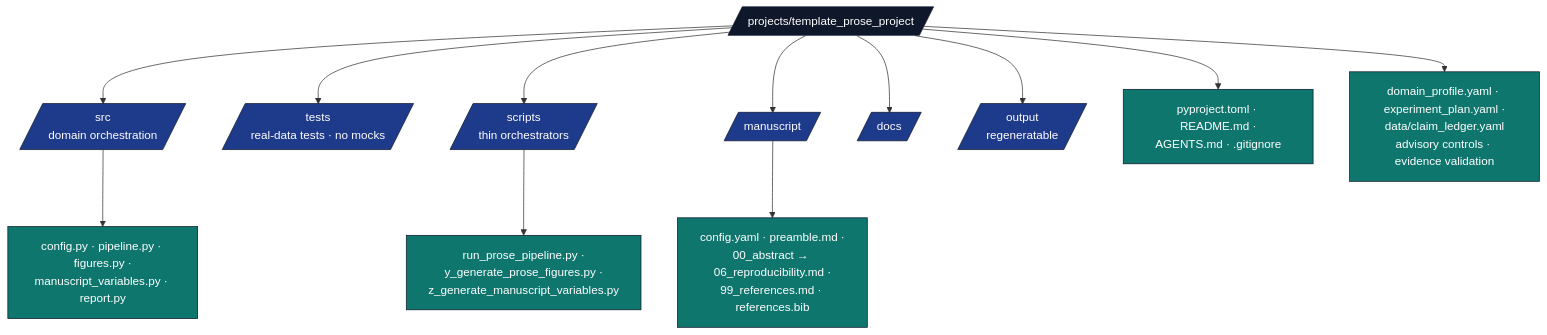
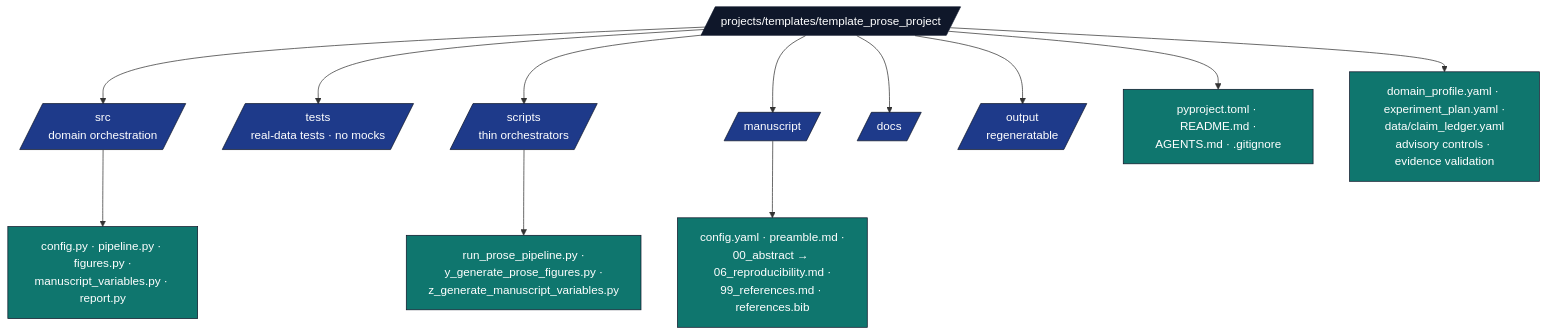
Before and after one commit to docxology/template: the diagram in projects/templates/template_prose_project/AGENTS.md, drawn with Mermaid. The commit also changed other lines of this file and 481 other files, not shown here.

````diff
--- a/projects/templates/template_prose_project/AGENTS.md
+++ b/projects/templates/template_prose_project/AGENTS.md
@@ -12,23 +12,23 @@
 ```mermaid
 flowchart TB
-    P[/projects/template_prose_project/]
+    P[/projects/templates/template_prose_project/]
     P --> SRC[/src<br/>domain orchestration/]
     P --> T[/tests<br/>real-data tests · no mocks/]
     P --> SC[/scripts<br/>thin orchestrators/]
     P --> M[/manuscript/]
     P --> DOCS[/docs/]
     P --> OUT[/output<br/>regeneratable/]
     P --> META[pyproject.toml · README.md ·<br/>AGENTS.md · .gitignore]
     P --> OVERLAY[domain_profile.yaml · experiment_plan.yaml ·<br/>data/claim_ledger.yaml<br/>advisory controls · evidence validation]
 
     SRC --> SRC_F[config.py · pipeline.py · figures.py ·<br/>manuscript_variables.py · report.py]
     SC --> SC_F[run_prose_pipeline.py ·<br/>y_generate_prose_figures.py ·<br/>z_generate_manuscript_variables.py]
     M --> M_F[config.yaml · preamble.md ·<br/>00_abstract → 06_reproducibility.md ·<br/>99_references.md · references.bib]
 
     classDef d fill:#0f172a,stroke:#0f172a,color:#fff
     classDef pkg fill:#1e3a8a,stroke:#0f172a,color:#fff
     classDef f fill:#0f766e,stroke:#0f172a,color:#fff
     class P d
     class SRC,T,SC,M,DOCS,OUT pkg
     class SRC_F,SC_F,M_F,META,OVERLAY f
 ```
````
